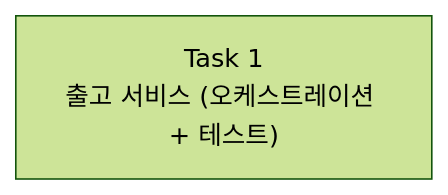
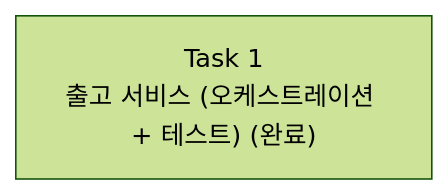
One commit to JuJin1324/assignment-inventory-management changed the diagram in docs/epics/outbound/3-plan/story3/tasks.md. Above: the diagram before and after it, drawn with Mermaid (forest theme). The commit also changed other lines of this file and 14 other files, not shown here.

First line of the commit message:
feat(outbound): Story 3 Task 1 — 출고 서비스 (오케스트레이션 + 목 단위테스트)

````diff
--- a/docs/epics/outbound/3-plan/story3/tasks.md
+++ b/docs/epics/outbound/3-plan/story3/tasks.md
@@ -7,4 +7,4 @@
 ```mermaid
 graph LR
-    T1["Task 1<br/>출고 서비스 (오케스트레이션 + 테스트)"]
+    T1["Task 1<br/>출고 서비스 (오케스트레이션 + 테스트) (완료)"]
 ```
````
